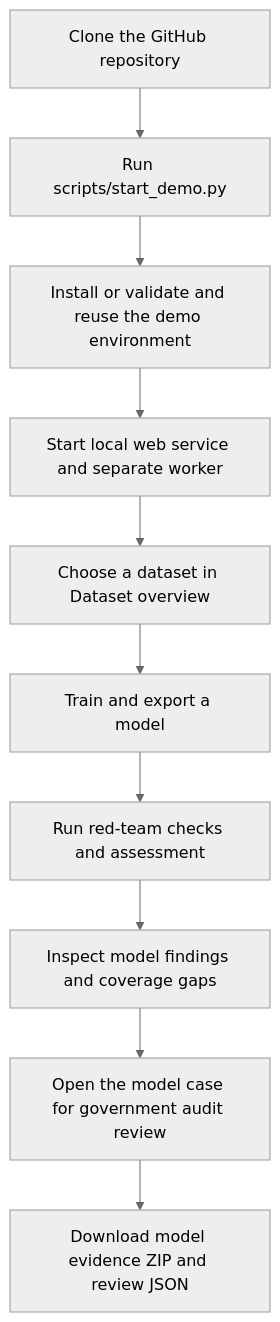
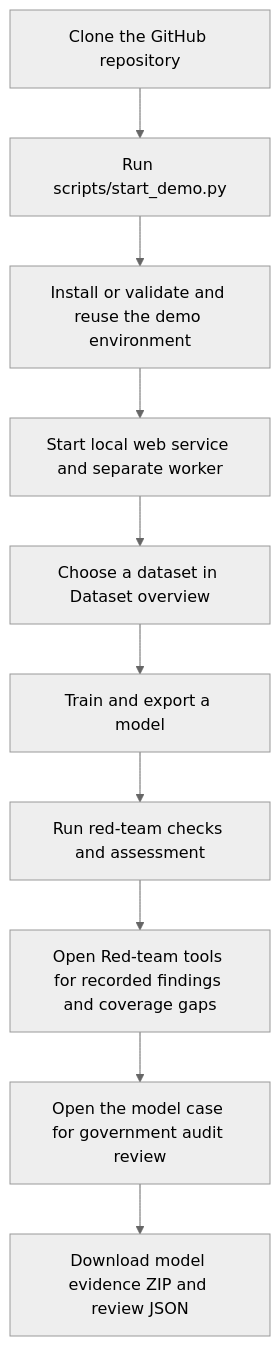
One commit to elmontu/AI_ModeL_Check changed the diagram in README.md. Above: the diagram before and after it, drawn with Mermaid (neutral theme). The commit also changed other lines of this file and 7 other files, not shown here.

Commit message:
Expose red-team tools and recorded attack results in local demo

````diff
--- a/README.md
+++ b/README.md
@@ -67,12 +73,12 @@
 ```mermaid
 flowchart TD
     A[Clone the GitHub repository] --> B[Run scripts/start_demo.py]
     B --> C[Install or validate and reuse the demo environment]
     C --> D[Start local web service and separate worker]
     D --> E[Choose a dataset in Dataset overview]
     E --> F[Train and export a model]
     F --> G[Run red-team checks and assessment]
-    G --> H[Inspect model findings and coverage gaps]
+    G --> H[Open Red-team tools for recorded findings and coverage gaps]
     H --> I[Open the model case for government audit review]
     I --> J[Download model evidence ZIP and review JSON]
 ```
````
